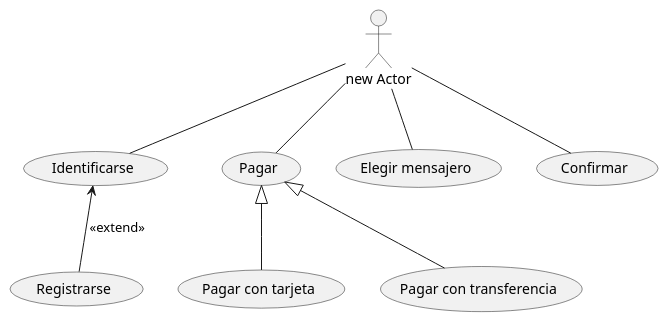
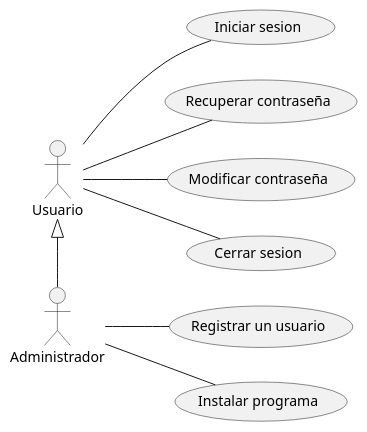
Before and after one commit to valencodes/UD12_usoUML_DVGC: the diagram in src/casos_de_uso.puml, drawn with PlantUML.

Commit message:
Ejemplo: Usuarios y administradores

```diff
--- a/src/casos_de_uso.puml
+++ b/src/casos_de_uso.puml
@@ -1,12 +1,12 @@
 @startuml
 
-:new Actor:--(Identificarse)
-:new Actor:--(Pagar)
-:new Actor:--(Elegir mensajero)
-:new Actor:--(Confirmar)
-(Identificarse)<--(Registrarse):<<extend>>
-(Pagar)<|--(Pagar con tarjeta)
-(Pagar)<|--(Pagar con transferencia)
-
+left to right direction
+:Usuario:--(Iniciar sesion)
+:Usuario:--(Recuperar contraseña)
+:Usuario:--(Modificar contraseña)
+:Usuario:--(Cerrar sesion)
+:Administrador:--(Registrar un usuario)
+:Administrador:--(Instalar programa)
+:Usuario:<|-:Administrador:
 
 @enduml
```
